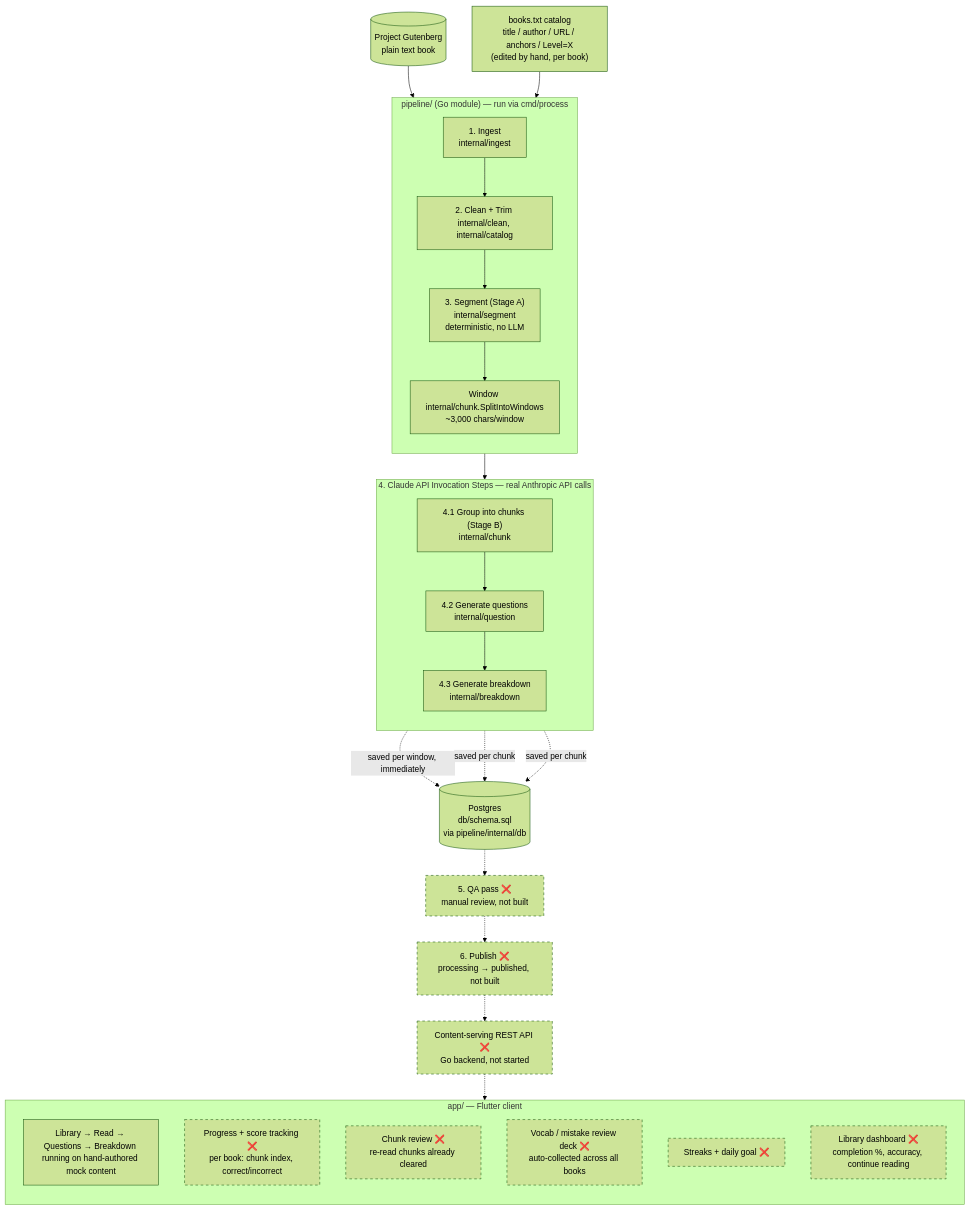
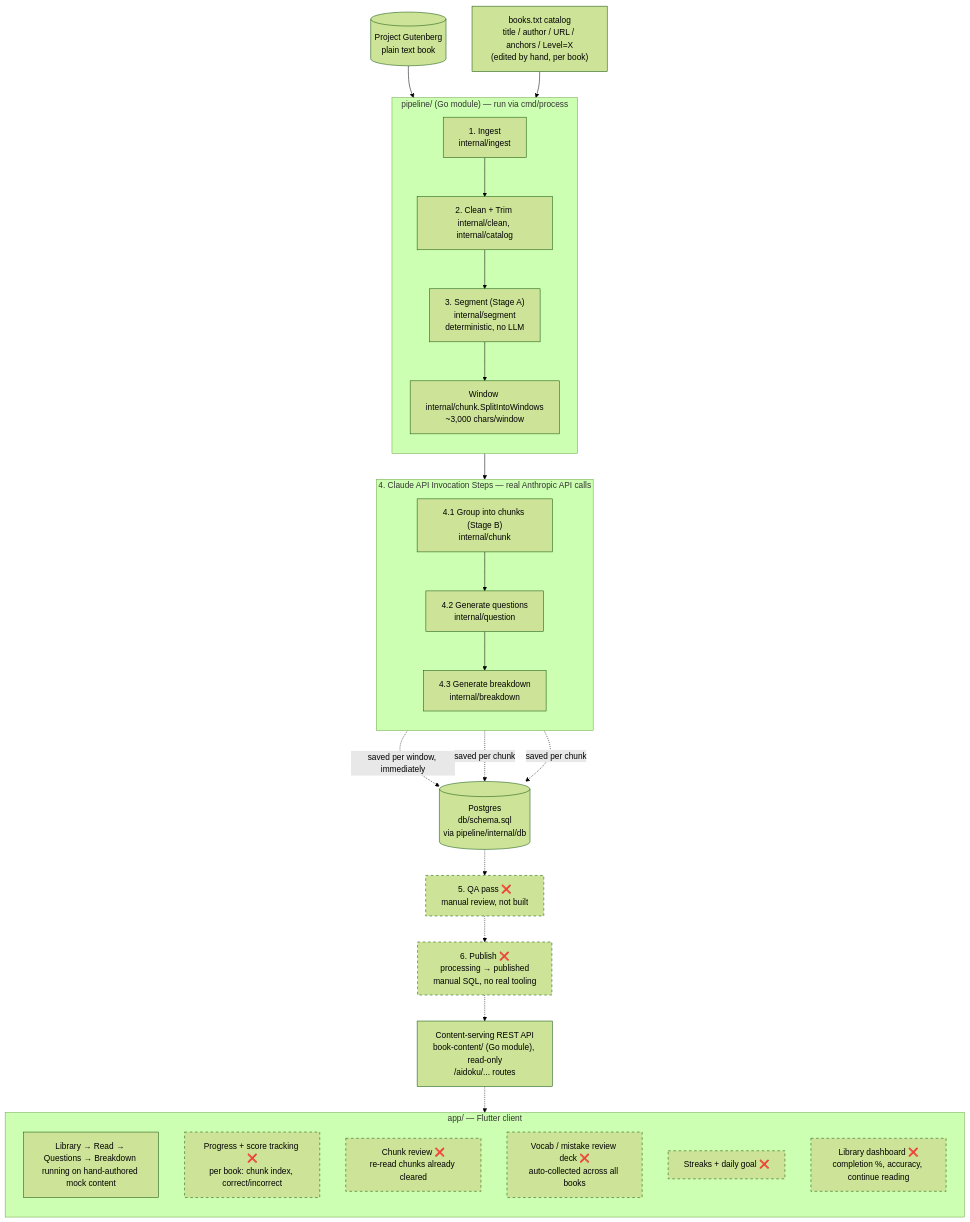
One commit to devdanielroy/project-aidoku changed the diagram in README.md. Above: the diagram before and after it, drawn with Mermaid (forest theme). The commit also changed other lines of this file and 18 other files, not shown here.

````diff
--- a/README.md
+++ b/README.md
@@ -20,51 +20,51 @@
 ```mermaid
 flowchart TD
     GB[("Project Gutenberg<br/>plain text book")]
     BT["books.txt catalog<br/>title / author / URL / anchors / Level=X<br/>(edited by hand, per book)"]
 
     subgraph pipeline["pipeline/ (Go module) — run via cmd/process"]
         direction TB
         ING["1. Ingest <br/>internal/ingest"]
         CLN["2. Clean + Trim <br/>internal/clean, internal/catalog"]
         SEG["3. Segment (Stage A) <br/>internal/segment<br/>deterministic, no LLM"]
         WIN["Window <br/>internal/chunk.SplitIntoWindows<br/>~3,000 chars/window"]
         ING --> CLN --> SEG --> WIN
     end
 
     subgraph claude["4. Claude API Invocation Steps — real Anthropic API calls"]
         direction TB
         GRP["4.1 Group into chunks (Stage B)<br/>internal/chunk"]
         Q["4.2 Generate questions<br/>internal/question"]
         BRK["4.3 Generate breakdown<br/>internal/breakdown"]
         GRP --> Q --> BRK
     end
 
     DB[("Postgres <br/>db/schema.sql<br/>via pipeline/internal/db")]
 
     QA["5. QA pass ❌<br/>manual review, not built"]
-    PUB["6. Publish ❌<br/>processing → published, not built"]
-    API["Content-serving REST API ❌<br/>Go backend, not started"]
+    PUB["6. Publish ❌<br/>processing → published<br/>manual SQL, no real tooling"]
+    API["Content-serving REST API<br/>book-content/ (Go module), read-only<br/>/aidoku/... routes"]
 
     subgraph client["app/ — Flutter client"]
       direction TB
         UI["Library → Read → Questions → Breakdown <br/>running on hand-authored mock content"]
         PROG["Progress + score tracking ❌<br/>per book: chunk index, correct/incorrect"]
         REVIEW["Chunk review ❌<br/>re-read chunks already cleared"]
         VOCAB["Vocab / mistake review deck ❌<br/>auto-collected across all books"]
         STREAK["Streaks + daily goal ❌"]
         DASH["Library dashboard ❌<br/>completion %, accuracy, continue reading"]
     end
 
     GB --> ING
     BT --> CLN
     WIN --> GRP
     GRP -.->|"saved per window, immediately"| DB
     Q -.->|"saved per chunk"| DB
     BRK -.->|"saved per chunk"| DB
     DB -.-> QA -.-> PUB
     PUB -.-> API
     API -.-> UI
 
     classDef notBuilt stroke-dasharray: 5 5
-    class QA,PUB,API,PROG,REVIEW,VOCAB,STREAK,DASH notBuilt
+    class QA,PUB,PROG,REVIEW,VOCAB,STREAK,DASH notBuilt
 ```
````
